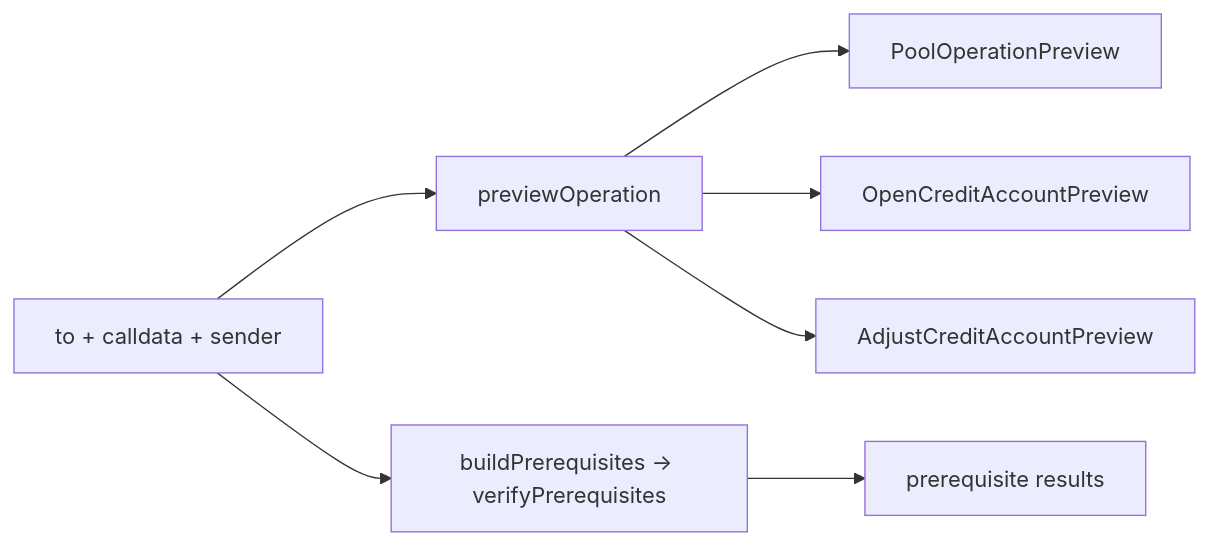
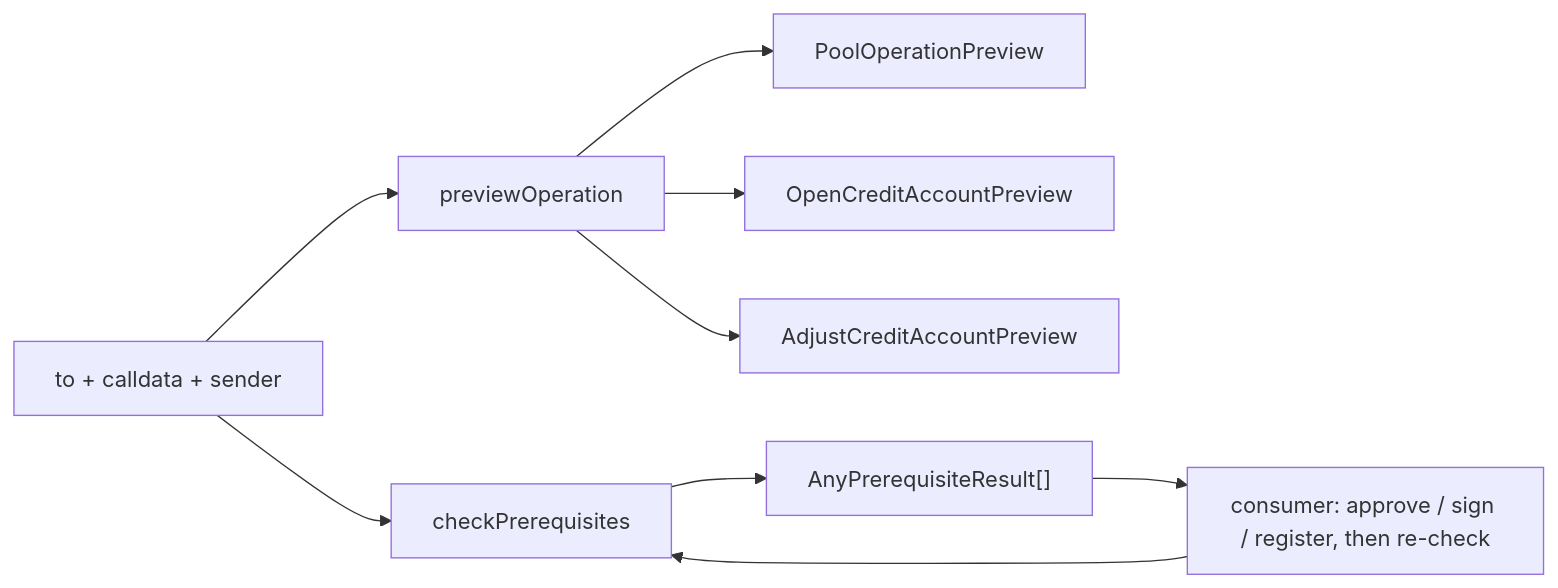
One commit to Gearbox-protocol/sdk changed the diagram in src/preview/README.md. Above: the diagram before and after it, drawn with Mermaid. The commit also changed other lines of this file and 30 other files, not shown here.

Commit message:
feat: better prerequisites checking flow

````diff
--- a/src/preview/README.md
+++ b/src/preview/README.md
@@ -98,9 +59,11 @@
 ```mermaid
 flowchart LR
   calldata["to + calldata + sender"] --> previewOp["previewOperation"]
   previewOp --> poolPreview["PoolOperationPreview"]
   previewOp --> openPreview["OpenCreditAccountPreview"]
   previewOp --> adjustPreview["AdjustCreditAccountPreview"]
-  calldata --> prereq["buildPrerequisites -> verifyPrerequisites"]
-  prereq --> results["prerequisite results"]
+  calldata --> checkFn["checkPrerequisites"]
+  checkFn --> results["AnyPrerequisiteResult[]"]
+  results --> consumer["consumer: approve / sign / register, then re-check"]
+  consumer --> checkFn
 ```
````
